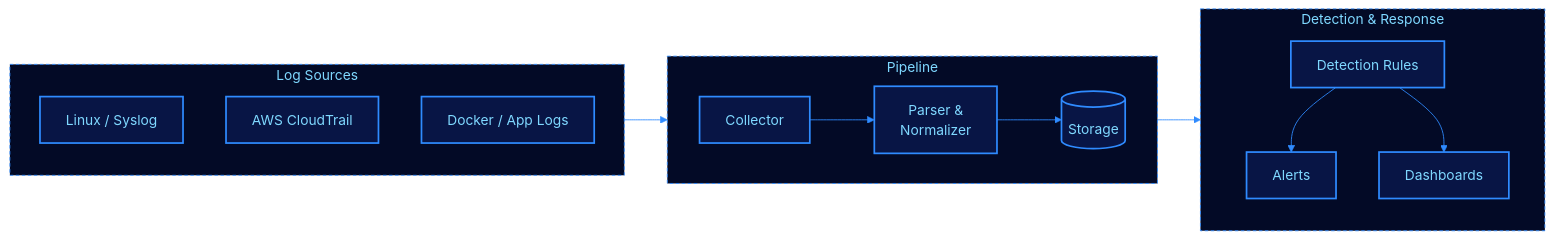
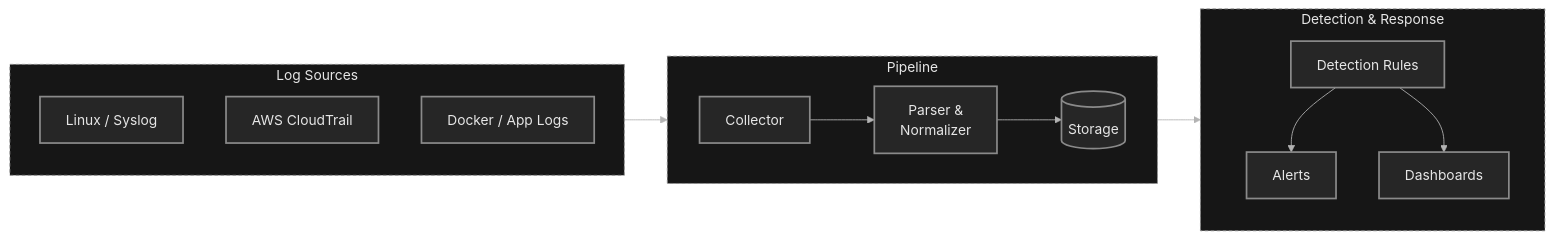
The fifth of 5 diagrams in README.md (karabo17-x/karabo17-x), drawn with Mermaid before and after one commit. The commit also changed other lines of this file, not shown here.

````diff
--- a/README.md
+++ b/README.md
@@ -168,30 +168,30 @@
 ```mermaid
-%%{init: {'theme':'base','themeVariables':{'background':'#000000','primaryColor':'#081545','primaryTextColor':'#7fd8ff','primaryBorderColor':'#2f8bff','lineColor':'#2f8bff','secondaryColor':'#000000','tertiaryColor':'#000000','fontFamily':'Courier New, monospace'}}}%%
+%%{init: {'theme':'base','themeVariables':{'background':'#0d1117','primaryColor':'#262626','primaryTextColor':'#e6e6e6','primaryBorderColor':'#8a8a8a','lineColor':'#b3b3b3','secondaryColor':'#262626','tertiaryColor':'#161616','edgeLabelBackground':'#555555','fontFamily':'Courier New, monospace'}}}%%
 flowchart LR
     subgraph SRC["Log Sources"]
         direction TB
         L1["Linux / Syslog"]
         L2["AWS CloudTrail"]
         L3["Docker / App Logs"]
     end
 
     subgraph PIPE["Pipeline"]
         direction LR
         COL["Collector"] --> PAR["Parser &<br/>Normalizer"] --> STO[("Storage")]
     end
 
     subgraph DET["Detection & Response"]
         direction TB
         RUL["Detection Rules"] --> ALR["Alerts"]
         RUL --> DSH["Dashboards"]
     end
 
     SRC --> COL
     STO --> RUL
 
-    classDef n fill:#081545,stroke:#2f8bff,stroke-width:2px,color:#7fd8ff;
+    classDef n fill:#262626,stroke:#8a8a8a,stroke-width:2px,color:#e6e6e6;
     class L1,L2,L3,COL,PAR,STO,RUL,ALR,DSH n;
-    style SRC fill:#030a26,stroke:#2f8bff,stroke-dasharray:4 3,color:#7fd8ff
-    style PIPE fill:#030a26,stroke:#2f8bff,stroke-dasharray:4 3,color:#7fd8ff
-    style DET fill:#030a26,stroke:#2f8bff,stroke-dasharray:4 3,color:#7fd8ff
+    style SRC fill:#161616,stroke:#8a8a8a,stroke-dasharray:4 3,color:#e6e6e6
+    style PIPE fill:#161616,stroke:#8a8a8a,stroke-dasharray:4 3,color:#e6e6e6
+    style DET fill:#161616,stroke:#8a8a8a,stroke-dasharray:4 3,color:#e6e6e6
 ```
````
